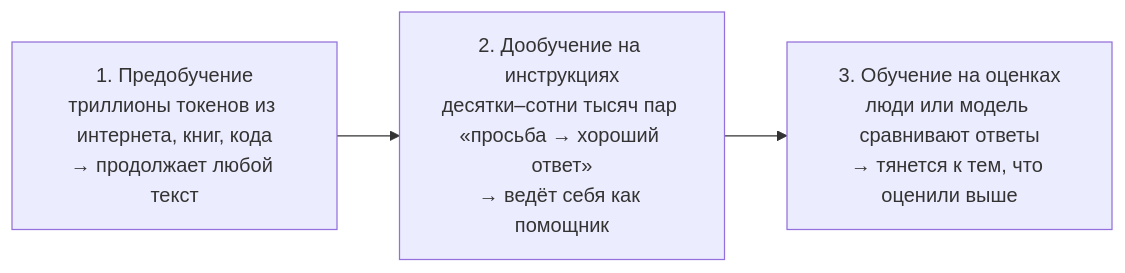
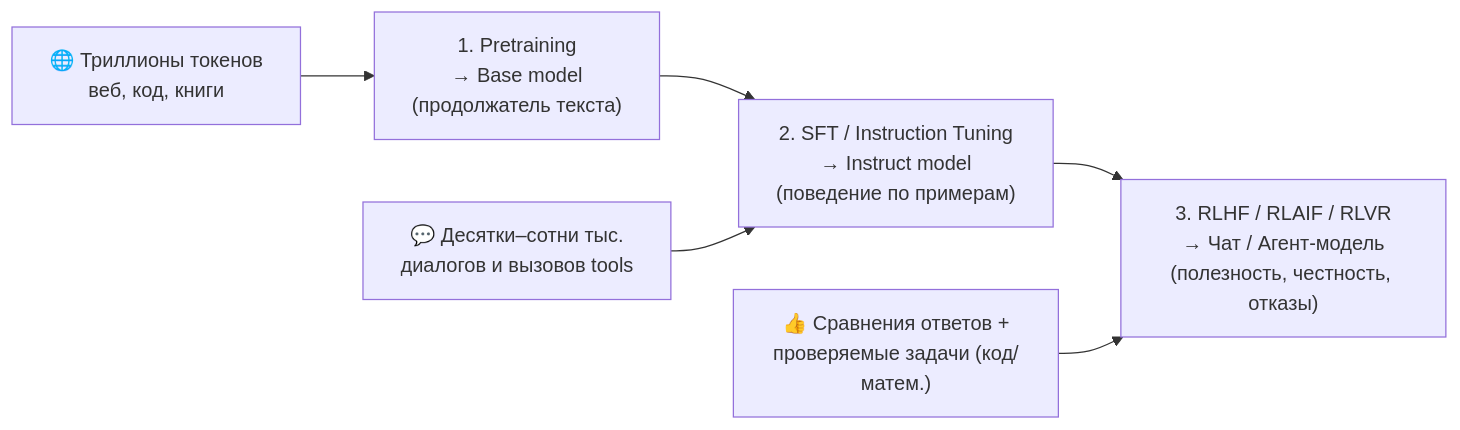
One commit to COMPACTBLUEFAN/turoring changed the third of 3 diagrams in Фаза 0/Недели/Неделя 03 (02.11–08.11)/Сессия 14 — 0.LLM.01.md. Above: the diagram before and after it, drawn with Mermaid. The commit also changed other lines of this file and 50 other files, not shown here.

````diff
--- a/Фаза 0/Недели/Неделя 03 (02.11–08.11)/Сессия 14 — 0.LLM.01.md
+++ b/Фаза 0/Недели/Неделя 03 (02.11–08.11)/Сессия 14 — 0.LLM.01.md
@@ -96,4 +212,8 @@
 ```mermaid
 flowchart LR
-    A["1. Предобучение<br/>триллионы токенов из интернета, книг, кода<br/>→ продолжает любой текст"] --> B["2. Дообучение на инструкциях<br/>десятки–сотни тысяч пар «просьба → хороший ответ»<br/>→ ведёт себя как помощник"] --> C["3. Обучение на оценках<br/>люди или модель сравнивают ответы<br/>→ тянется к тем, что оценили выше"]
+    D1["🌐 Триллионы токенов<br/>веб, код, книги"] --> S1["1. Pretraining<br/>→ Base model<br/>(продолжатель текста)"]
+    S1 --> S2["2. SFT / Instruction Tuning<br/>→ Instruct model<br/>(поведение по примерам)"]
+    D2["💬 Десятки–сотни тыс.<br/>диалогов и вызовов tools"] --> S2
+    S2 --> S3["3. RLHF / RLAIF / RLVR<br/>→ Чат / Агент-модель<br/>(полезность, честность, отказы)"]
+    D3["👍 Сравнения ответов +<br/>проверяемые задачи (код/матем.)"] --> S3
 ```
````
